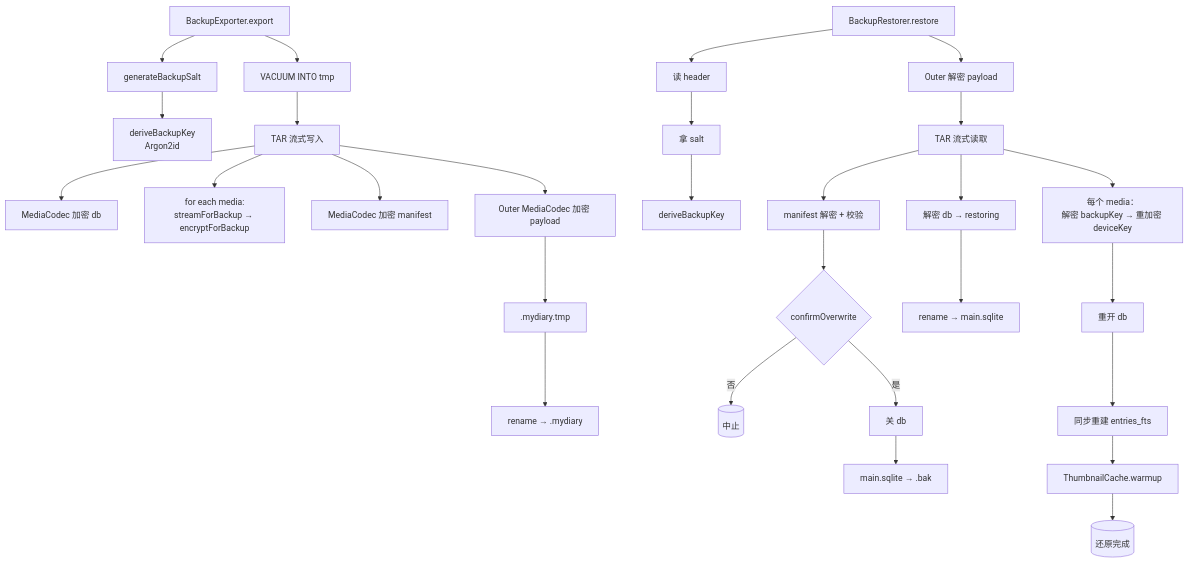
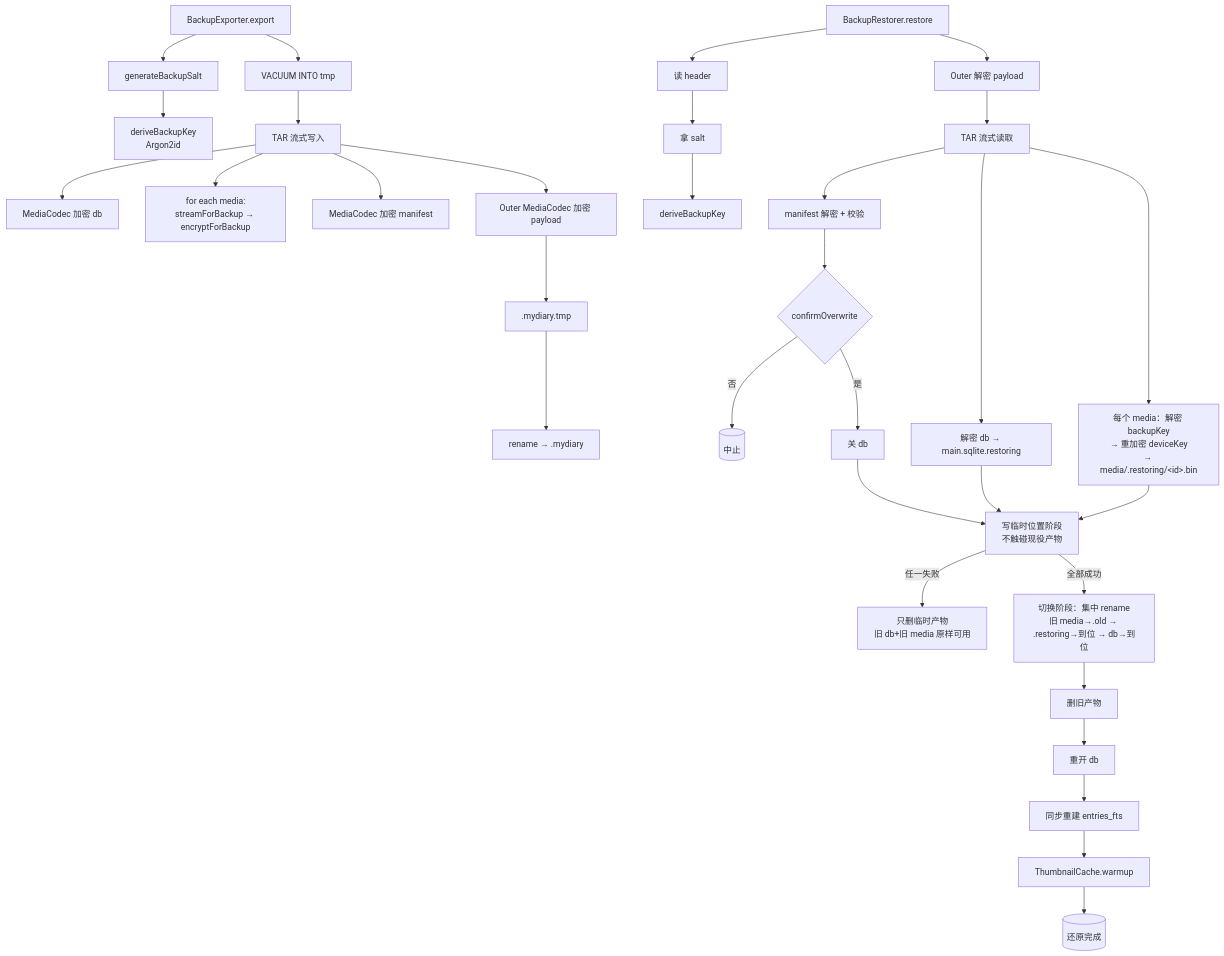
The diagram in specs/active/backup-full-snapshot/design.md (cr1992/DayZ), drawn with Mermaid before and after one commit. The commit also changed other lines of this file and 36 other files, not shown here.

````diff
--- a/specs/active/backup-full-snapshot/design.md
+++ b/specs/active/backup-full-snapshot/design.md
@@ -77,31 +79,35 @@
 ```mermaid
 graph TD
   Export[BackupExporter.export] --> Salt[generateBackupSalt]
   Salt --> Derive[deriveBackupKey<br/>Argon2id]
   Export --> Vac[VACUUM INTO tmp]
   Vac --> Tar[TAR 流式写入]
   Tar --> EncDb[MediaCodec 加密 db]
   Tar --> EncMedia[for each media:<br/>streamForBackup → encryptForBackup]
   Tar --> EncMani[MediaCodec 加密 manifest]
   Tar --> Outer[Outer MediaCodec 加密 payload]
   Outer --> File[<output>.mydiary.tmp]
   File --> Rename[rename → .mydiary]
 
   Restore[BackupRestorer.restore] --> Header[读 header]
   Header --> Salt2[拿 salt]
   Salt2 --> Derive2[deriveBackupKey]
   Restore --> Payload[Outer 解密 payload]
   Payload --> TarRead[TAR 流式读取]
   TarRead --> Mani[manifest 解密 + 校验]
   Mani --> Confirm{confirmOverwrite}
   Confirm -- 否 --> Abort[(中止)]
   Confirm -- 是 --> Close[关 db]
-  Close --> DbBak[main.sqlite → .bak]
-  TarRead --> NewDb[解密 db → restoring]
-  NewDb --> Replace[rename → main.sqlite]
-  TarRead --> MediaIn[每个 media：<br/>解密 backupKey → 重加密 deviceKey]
-  MediaIn --> Reopen[重开 db]
+  Close --> WriteTmp[写临时位置阶段<br/>不触碰现役产物]
+  TarRead --> NewDb[解密 db → main.sqlite.restoring]
+  TarRead --> MediaTmp[每个 media：解密 backupKey<br/>→ 重加密 deviceKey<br/>→ media/.restoring/&lt;id&gt;.bin]
+  NewDb --> WriteTmp
+  MediaTmp --> WriteTmp
+  WriteTmp -- 任一失败 --> Keep[只删临时产物<br/>旧 db+旧 media 原样可用]
+  WriteTmp -- 全部成功 --> Switch[切换阶段：集中 rename<br/>旧 media→.old → .restoring→到位 → db→到位]
+  Switch --> DropOld[删旧产物]
+  DropOld --> Reopen[重开 db]
   Reopen --> FTS[同步重建 entries_fts]
   FTS --> Warmup[ThumbnailCache.warmup]
   Warmup --> Done[(还原完成)]
 ```
````
